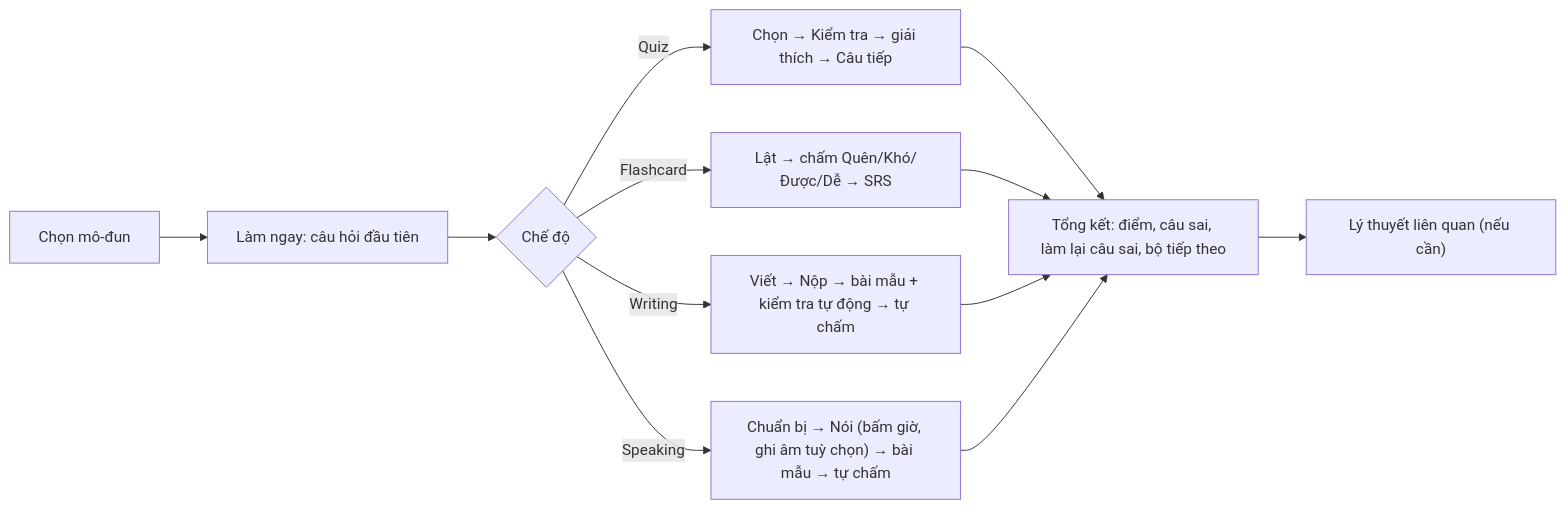
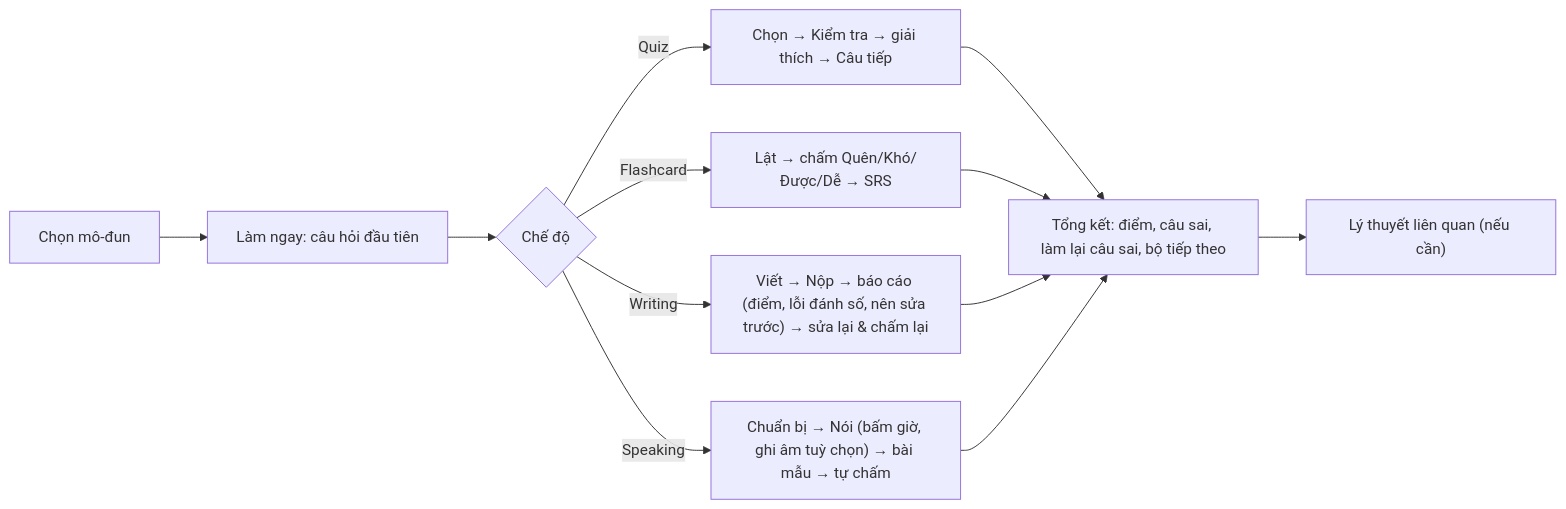
One commit to giangptt-datapot/aptis-survival-kit changed the third of 4 diagrams in docs/03-user-flow.md. Above: the diagram before and after it, drawn with Mermaid. The commit also changed other lines of this file and 28 other files, not shown here.

````diff
--- a/docs/03-user-flow.md
+++ b/docs/03-user-flow.md
@@ -33,14 +33,14 @@
 ```mermaid
 flowchart LR
   A[Chọn mô-đun] --> B[Làm ngay: câu hỏi đầu tiên]
   B --> C{Chế độ}
   C -- Quiz --> D["Chọn → Kiểm tra → giải thích → Câu tiếp"]
   C -- Flashcard --> E["Lật → chấm Quên/Khó/Được/Dễ → SRS"]
-  C -- Writing --> F["Viết → Nộp → bài mẫu + kiểm tra tự động → tự chấm"]
+  C -- Writing --> F["Viết → Nộp → báo cáo (điểm, lỗi đánh số, nên sửa trước) → sửa lại & chấm lại"]
   C -- Speaking --> G["Chuẩn bị → Nói (bấm giờ, ghi âm tuỳ chọn) → bài mẫu → tự chấm"]
   D --> H["Tổng kết: điểm, câu sai, làm lại câu sai, bộ tiếp theo"]
   E --> H
   F --> H
   G --> H
   H --> I["Lý thuyết liên quan (nếu cần)"]
 ```
````
